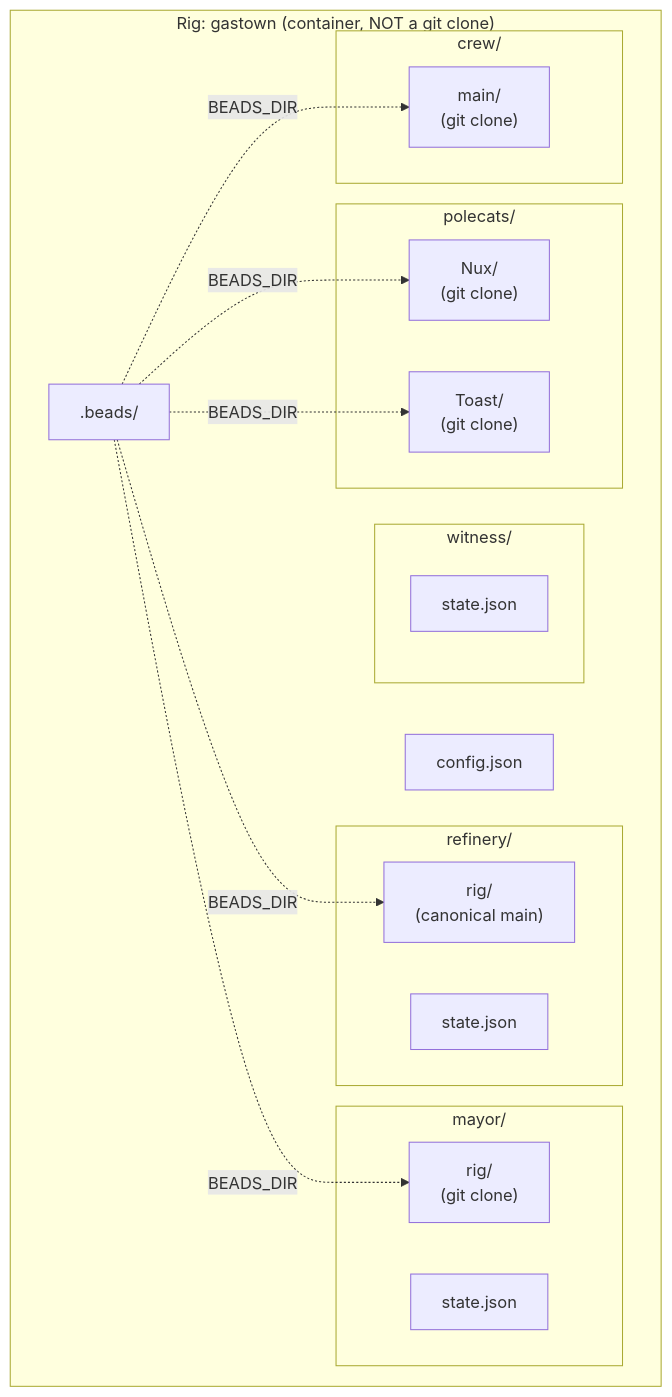
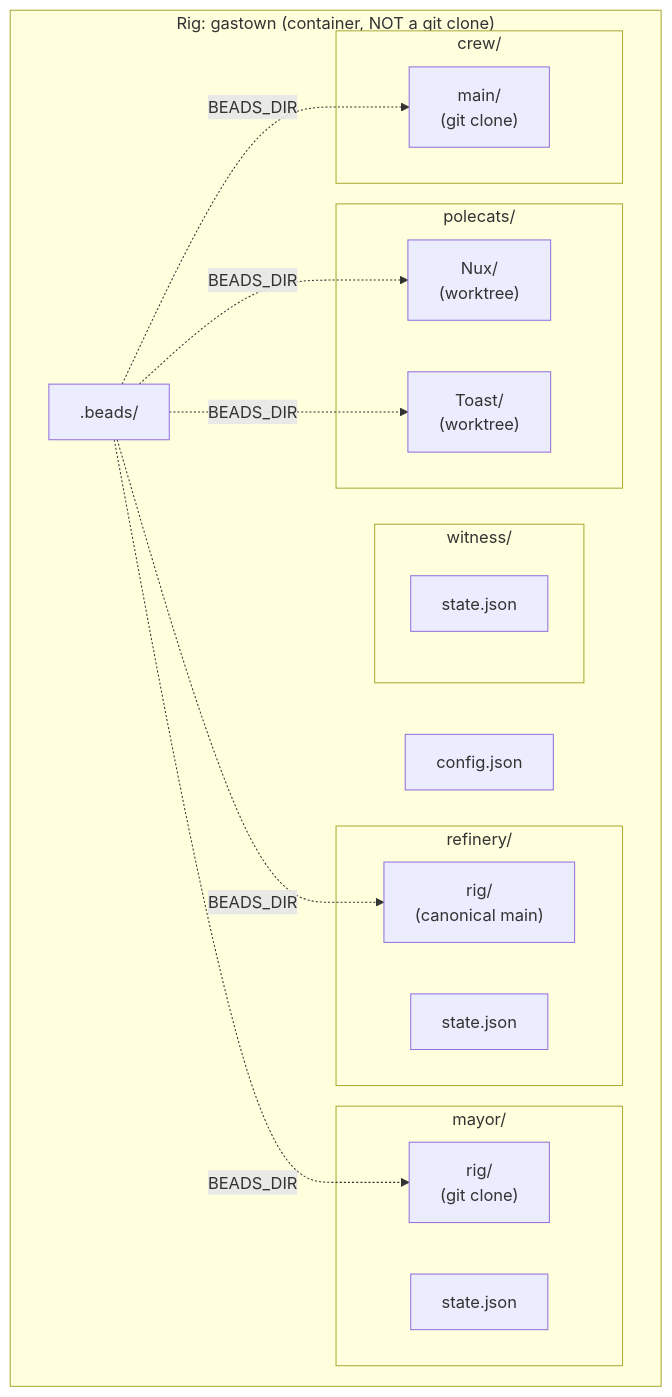
Before and after one commit to wsaults/gastown: the third of 11 diagrams in docs/architecture.md, drawn with Mermaid.

Commit message:
fix(docs): correct mermaid diagram to show polecats as worktrees not clones
The rig-level mermaid diagram incorrectly labeled polecats as git clone
when they are actually git worktrees from Mayor's clone. This now matches
the ASCII diagram which correctly describes them as worktrees.

🤖 Generated with Claude Code

````diff
--- a/docs/architecture.md
+++ b/docs/architecture.md
@@ -284,36 +284,36 @@
 ```mermaid
 graph TB
     subgraph Rig["Rig: gastown (container, NOT a git clone)"]
         Config["config.json"]
         Beads[".beads/"]
 
         subgraph Polecats["polecats/"]
-            Nux["Nux/<br/>(git clone)"]
-            Toast["Toast/<br/>(git clone)"]
+            Nux["Nux/<br/>(worktree)"]
+            Toast["Toast/<br/>(worktree)"]
         end
 
         subgraph Refinery["refinery/"]
             RefRig["rig/<br/>(canonical main)"]
             RefState["state.json"]
         end
 
         subgraph Witness["witness/"]
             WitState["state.json"]
         end
 
         subgraph MayorRig["mayor/"]
             MayRig["rig/<br/>(git clone)"]
             MayState["state.json"]
         end
 
         subgraph Crew["crew/"]
             CrewMain["main/<br/>(git clone)"]
         end
     end
 
     Beads -.->|BEADS_DIR| Nux
     Beads -.->|BEADS_DIR| Toast
     Beads -.->|BEADS_DIR| RefRig
     Beads -.->|BEADS_DIR| MayRig
     Beads -.->|BEADS_DIR| CrewMain
 ```
````
